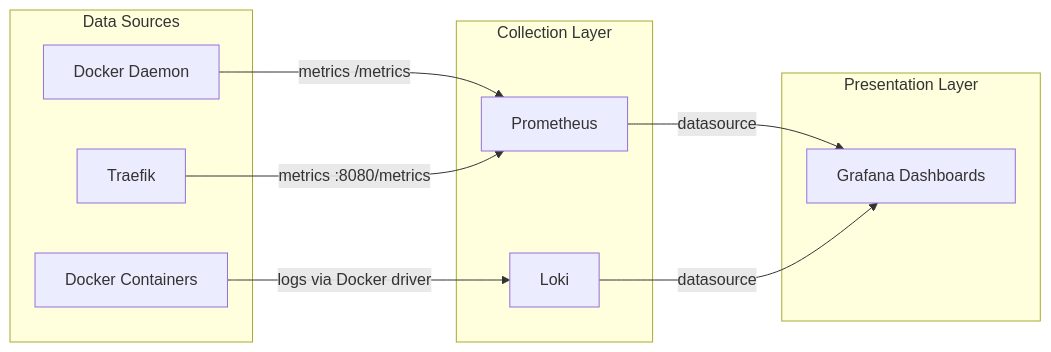
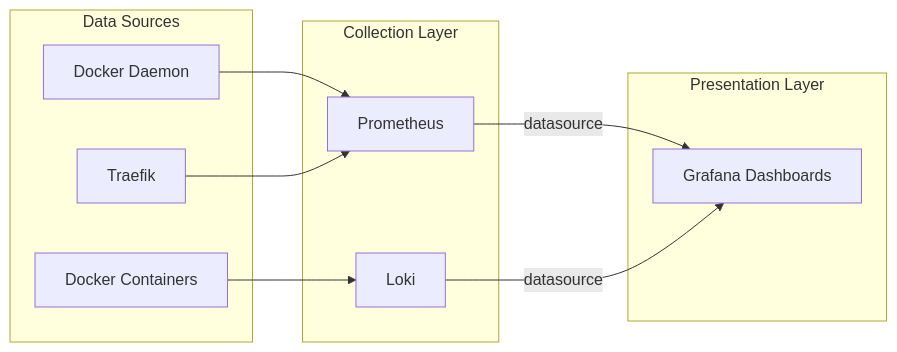
Before and after one commit to peermesh/docker-lab-docs: the second of 3 diagrams in docs/observability.md, drawn with Mermaid. The commit also changed other lines of this file and 13 other files, not shown here.

First line of the commit message:
fix: improve diagram legibility and icon rendering

````diff
--- a/docs/observability.md
+++ b/docs/observability.md
@@ -264,23 +264,23 @@
 ```mermaid
 flowchart LR
     subgraph Sources["Data Sources"]
         Containers["Docker Containers"]
         TraefikSvc["Traefik"]
         DockerDaemon["Docker Daemon"]
     end
 
     subgraph Collection["Collection Layer"]
         Prometheus["Prometheus"]
         Loki["Loki"]
     end
 
     subgraph Presentation["Presentation Layer"]
         Grafana["Grafana Dashboards"]
     end
 
-    DockerDaemon -- "metrics /metrics" --> Prometheus
-    TraefikSvc -- "metrics :8080/metrics" --> Prometheus
-    Containers -- "logs via Docker driver" --> Loki
+    DockerDaemon --> Prometheus
+    TraefikSvc --> Prometheus
+    Containers --> Loki
     Prometheus -- "datasource" --> Grafana
     Loki -- "datasource" --> Grafana
 ```
````
